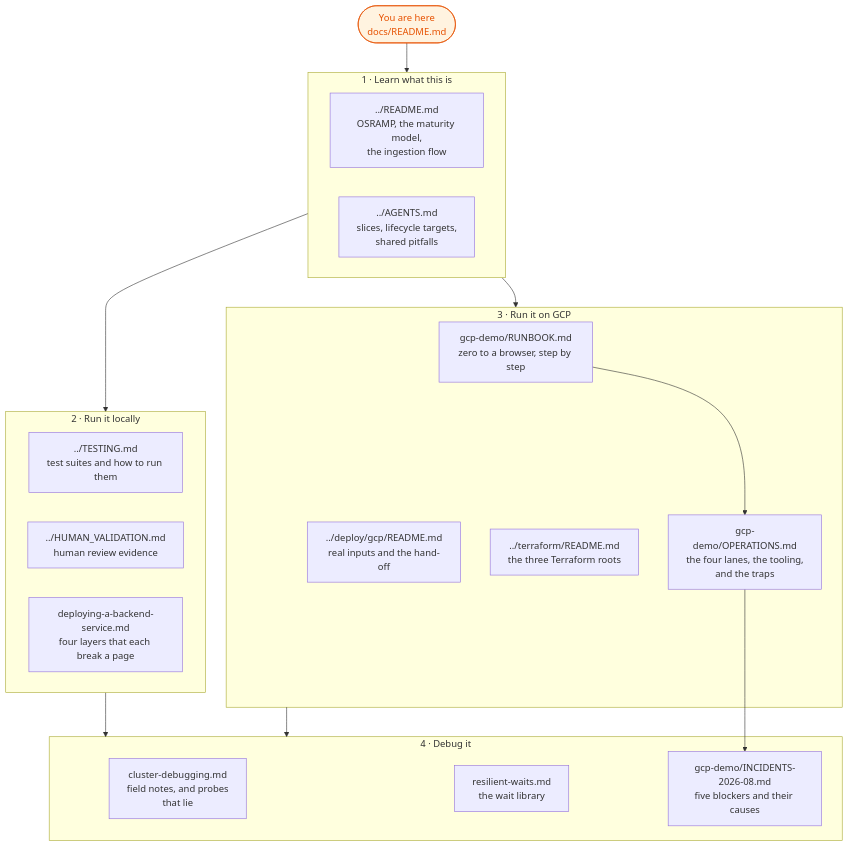
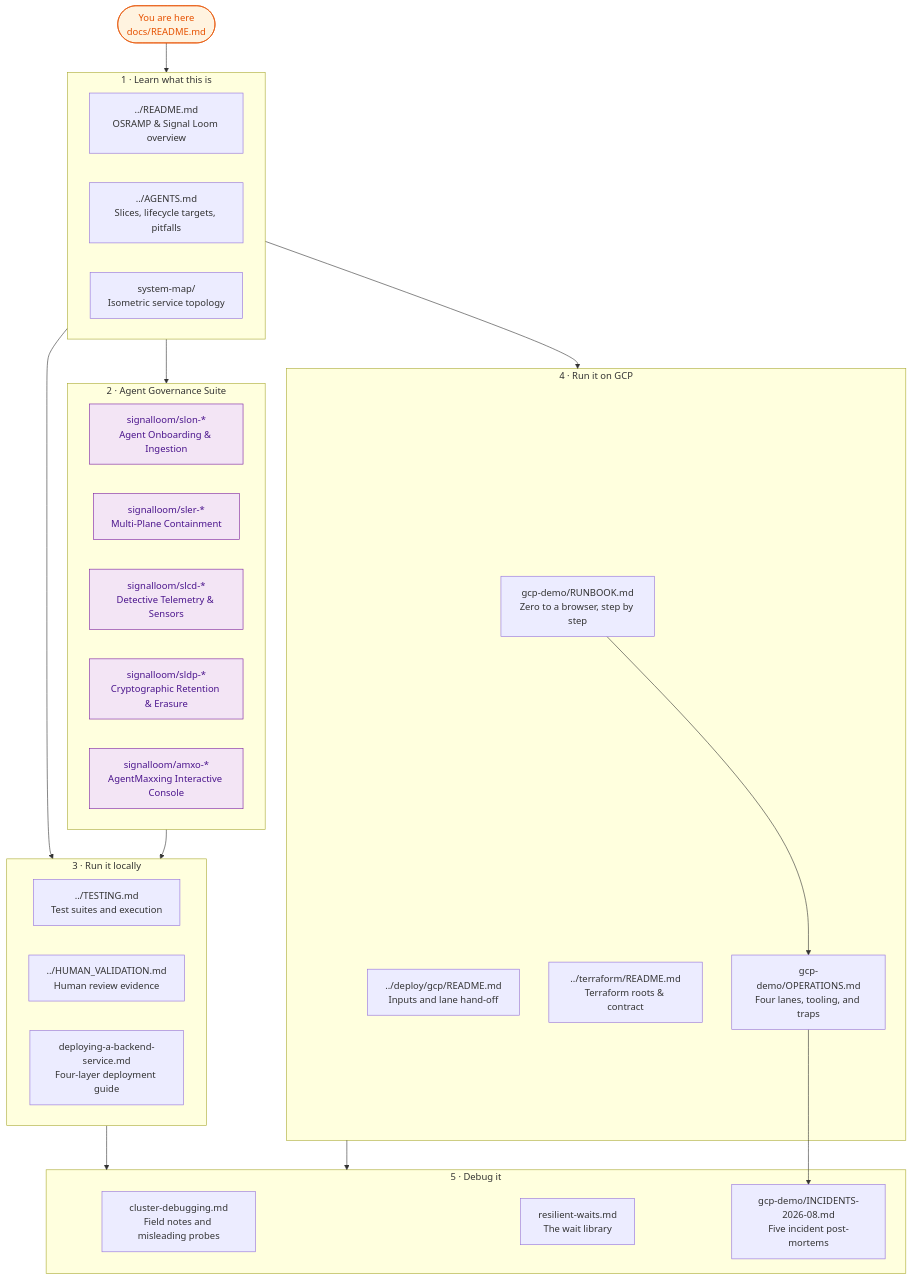
One commit to sublimino/architecture-as-code changed the diagram in docs/README.md. Above: the diagram before and after it, drawn with Mermaid. The commit also changed other lines of this file and 5 other files, not shown here.

Commit message:
docs: overhaul repository documentation with STE-Code standardization and Mermaid diagrams

````diff
--- a/docs/README.md
+++ b/docs/README.md
@@ -28,38 +28,51 @@
 ```mermaid
 flowchart TB
   START(["You are here<br/>docs/README.md"])
 
   subgraph learn["1 · Learn what this is"]
-    RM["../README.md<br/>OSRAMP, the maturity model,<br/>the ingestion flow"]
-    AG["../AGENTS.md<br/>slices, lifecycle targets,<br/>shared pitfalls"]
+    RM["../README.md<br/>OSRAMP & Signal Loom overview"]
+    AG["../AGENTS.md<br/>Slices, lifecycle targets, pitfalls"]
+    MAP["system-map/<br/>Isometric service topology"]
   end
 
-  subgraph runlocal["2 · Run it locally"]
-    TEST["../TESTING.md<br/>test suites and how to run them"]
-    HV["../HUMAN_VALIDATION.md<br/>human review evidence"]
-    BACK["deploying-a-backend-service.md<br/>four layers that each break a page"]
+  subgraph govern["2 · Agent Governance Suite"]
+    SL_ON["signalloom/slon-*<br/>Agent Onboarding & Ingestion"]
+    SL_ER["signalloom/sler-*<br/>Multi-Plane Containment"]
+    SL_CD["signalloom/slcd-*<br/>Detective Telemetry & Sensors"]
+    SL_DP["signalloom/sldp-*<br/>Cryptographic Retention & Erasure"]
+    SL_AM["signalloom/amxo-*<br/>AgentMaxxing Interactive Console"]
   end
 
-  subgraph rungcp["3 · Run it on GCP"]
-    RB["gcp-demo/RUNBOOK.md<br/>zero to a browser, step by step"]
-    OPS["gcp-demo/OPERATIONS.md<br/>the four lanes, the tooling,<br/>and the traps"]
-    DEP["../deploy/gcp/README.md<br/>real inputs and the hand-off"]
-    TF["../terraform/README.md<br/>the three Terraform roots"]
+  subgraph runlocal["3 · Run it locally"]
+    TEST["../TESTING.md<br/>Test suites and execution"]
+    HV["../HUMAN_VALIDATION.md<br/>Human review evidence"]
+    BACK["deploying-a-backend-service.md<br/>Four-layer deployment guide"]
   end
 
-  subgraph debug["4 · Debug it"]
-    CD["cluster-debugging.md<br/>field notes, and probes<br/>that lie"]
-    RW["resilient-waits.md<br/>the wait library"]
-    INC["gcp-demo/INCIDENTS-2026-08.md<br/>five blockers and their causes"]
+  subgraph rungcp["4 · Run it on GCP"]
+    RB["gcp-demo/RUNBOOK.md<br/>Zero to a browser, step by step"]
+    OPS["gcp-demo/OPERATIONS.md<br/>Four lanes, tooling, and traps"]
+    DEP["../deploy/gcp/README.md<br/>Inputs and lane hand-off"]
+    TF["../terraform/README.md<br/>Terraform roots & contract"]
   end
 
-  START --> learn --> runlocal
+  subgraph debug["5 · Debug it"]
+    CD["cluster-debugging.md<br/>Field notes and misleading probes"]
+    RW["resilient-waits.md<br/>The wait library"]
+    INC["gcp-demo/INCIDENTS-2026-08.md<br/>Five incident post-mortems"]
+  end
+
+  START --> learn --> govern
+  learn --> runlocal
   learn --> rungcp
+  govern --> runlocal
   runlocal --> debug
   rungcp --> debug
   RB --> OPS
   OPS --> INC
 
   classDef entry fill:#fff3e0,stroke:#e65100,color:#e65100;
+  classDef suite fill:#f3e5f5,stroke:#7b1fa2,color:#4a148c;
   class START entry;
+  class SL_ON,SL_ER,SL_CD,SL_DP,SL_AM suite;
 ```
````
